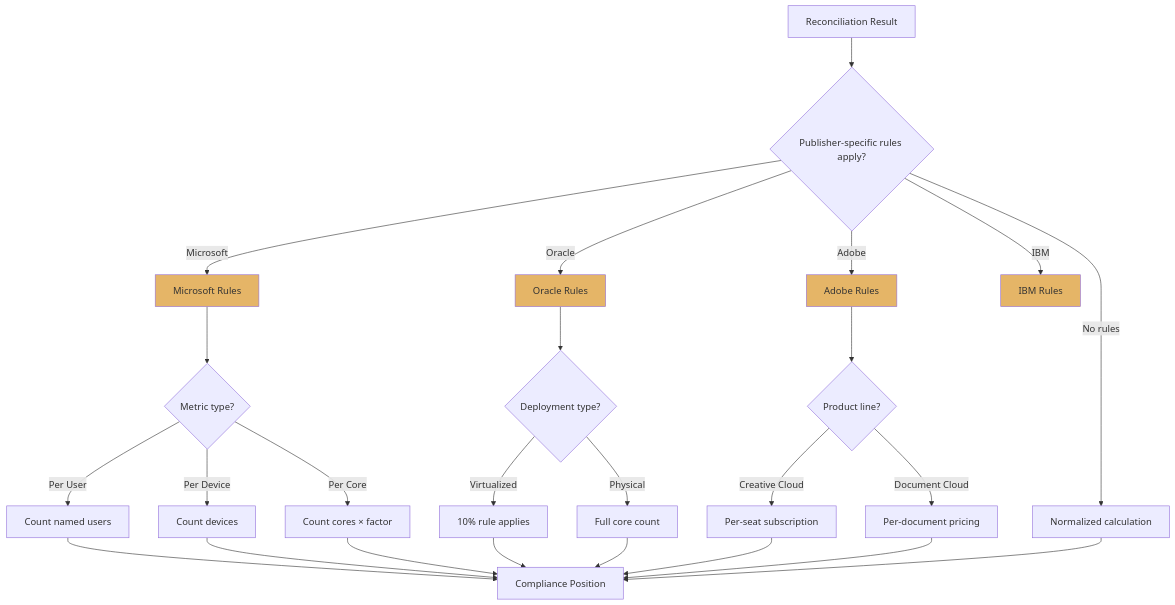
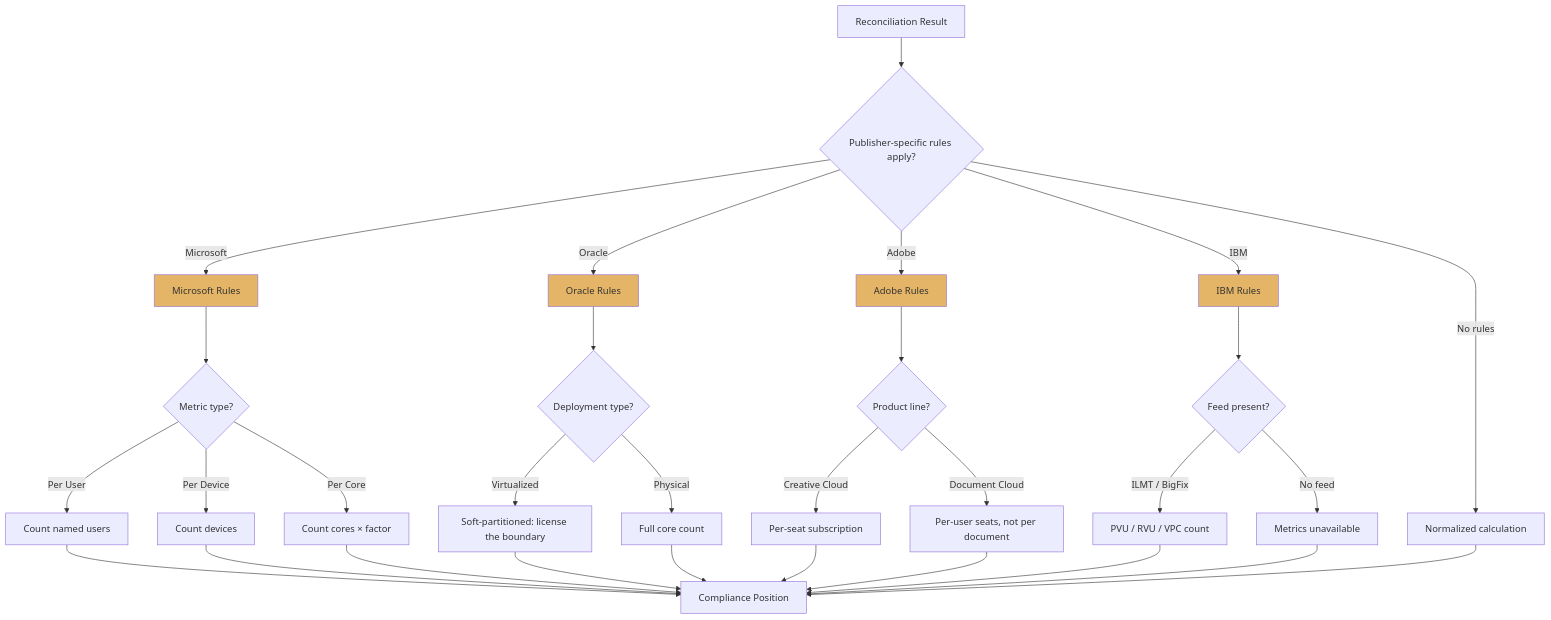
The sixth of 7 diagrams in docs/modules/sam/sam-guide.md (eltonaguiar/ServiceNow_Learning_TSOM-_CSM_FSM_SalesCRM_HAM_ITSM), drawn with Mermaid before and after one commit. The commit also changed other lines of this file and 2 other files, not shown here.

First line of the commit message:
docs(sam): spell out the compliance arithmetic, debunk the 10% rule, close depth gaps

````diff
--- a/docs/modules/sam/sam-guide.md
+++ b/docs/modules/sam/sam-guide.md
@@ -641,37 +749,42 @@
 ```mermaid
 flowchart TD
     START[Reconciliation Result] --> CHECK{Publisher-specific rules apply?}
     
     CHECK -->|Microsoft| MS[Microsoft Rules]
     CHECK -->|Oracle| ORA[Oracle Rules]
     CHECK -->|Adobe| ADO[Adobe Rules]
     CHECK -->|IBM| IBM[IBM Rules]
+    IBM --> IBM_RULES{Feed present?}
+    IBM_RULES -->|ILMT / BigFix| IBM_OK[PVU / RVU / VPC count]
+    IBM_RULES -->|No feed| IBM_NO[Metrics unavailable]
     CHECK -->|No rules| NORMAL[Normalized calculation]
     
     MS --> MS_RULES{Metric type?}
     MS_RULES -->|Per User| MS_USER[Count named users]
     MS_RULES -->|Per Device| MS_DEV[Count devices]
     MS_RULES -->|Per Core| MS_CORE[Count cores × factor]
     
     ORA --> ORA_RULES{Deployment type?}
-    ORA_RULES -->|Virtualized| ORA_VIRT[10% rule applies]
+    ORA_RULES -->|Virtualized| ORA_VIRT[Soft-partitioned: license the boundary]
     ORA_RULES -->|Physical| ORA_PHYS[Full core count]
     
     ADO --> ADO_RULES{Product line?}
     ADO_RULES -->|Creative Cloud| ADO_CC[Per-seat subscription]
-    ADO_RULES -->|Document Cloud| ADO_DC[Per-document pricing]
+    ADO_RULES -->|Document Cloud| ADO_DC[Per-user seats, not per document]
     
     MS_USER --> FINAL[Compliance Position]
     MS_DEV --> FINAL
     MS_CORE --> FINAL
     ORA_VIRT --> FINAL
     ORA_PHYS --> FINAL
     ADO_CC --> FINAL
     ADO_DC --> FINAL
+    IBM_OK --> FINAL
+    IBM_NO --> FINAL
     NORMAL --> FINAL
     
     style MS fill:#e5b567
     style ORA fill:#e5b567
     style ADO fill:#e5b567
     style IBM fill:#e5b567
 ```
````
